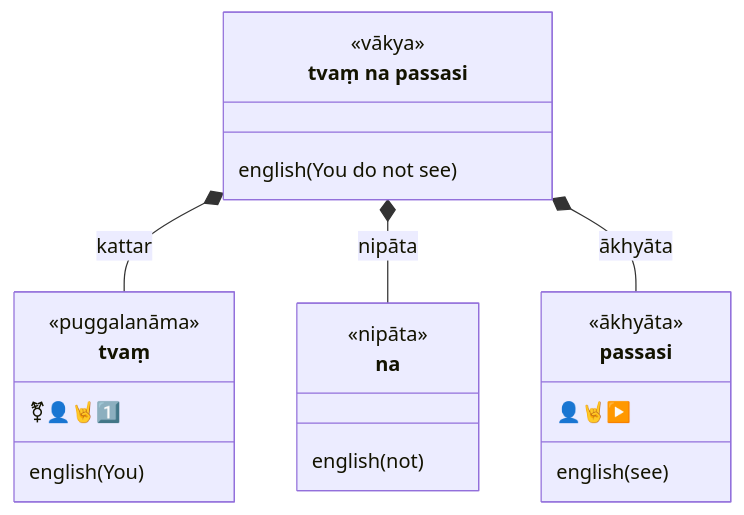
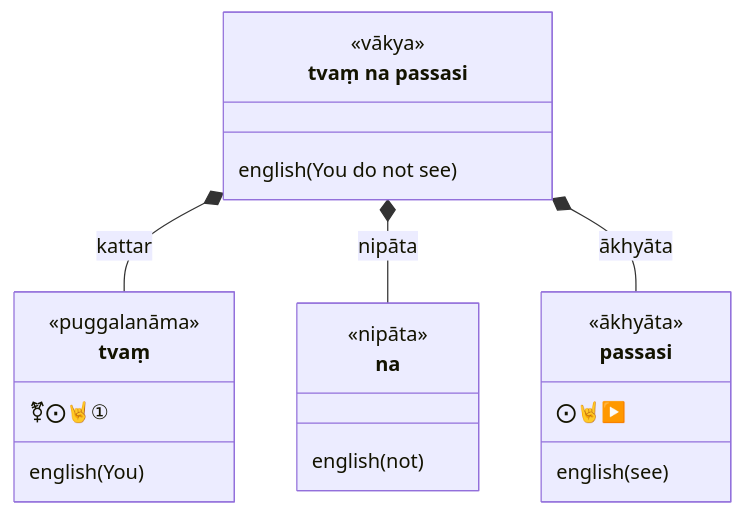
Before and after one commit to ChristineTham/buddhavacana: diagram 15 of 60 in content/en/docs/Pali/sentences.md, drawn with Mermaid. The commit also changed other lines of this file and 71 other files, not shown here.

````diff
--- a/content/en/docs/Pali/sentences.md
+++ b/content/en/docs/Pali/sentences.md
@@ -494,24 +494,24 @@
 ```mermaid
 classDiagram
   class sentence["tvaṃ na passasi"] {
     <<vākya>>
     english(You do not see)
   }
   class tvaṃ {
     <<puggalanāma>>
-    ⚧👤🤘1️⃣
+    ⚧⨀🤘①
     english(You)
   }
   class na {
     <<nipāta>>
     english(not)
   }
   class passasi {
     <<ākhyāta>>
-     👤🤘▶️
+     ⨀🤘▶️
     english(see)
   }
   sentence *-- tvaṃ : kattar
   sentence *-- na : nipāta
   sentence *-- passasi: ākhyāta
 ```
````
